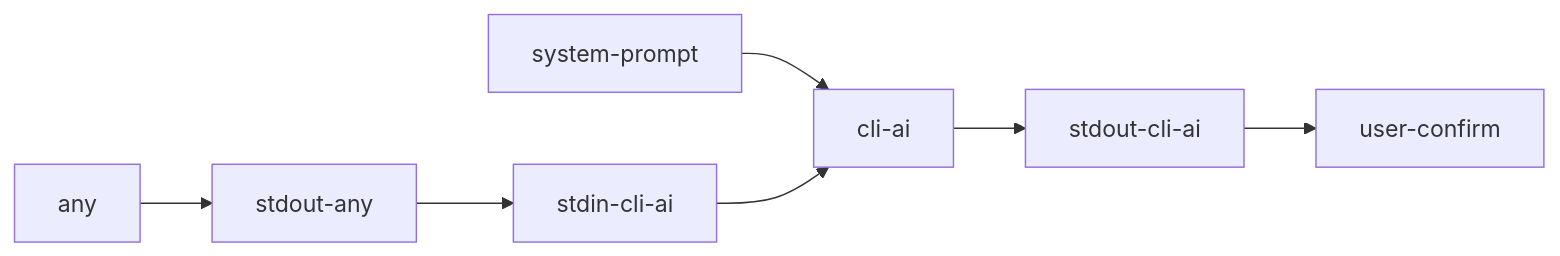
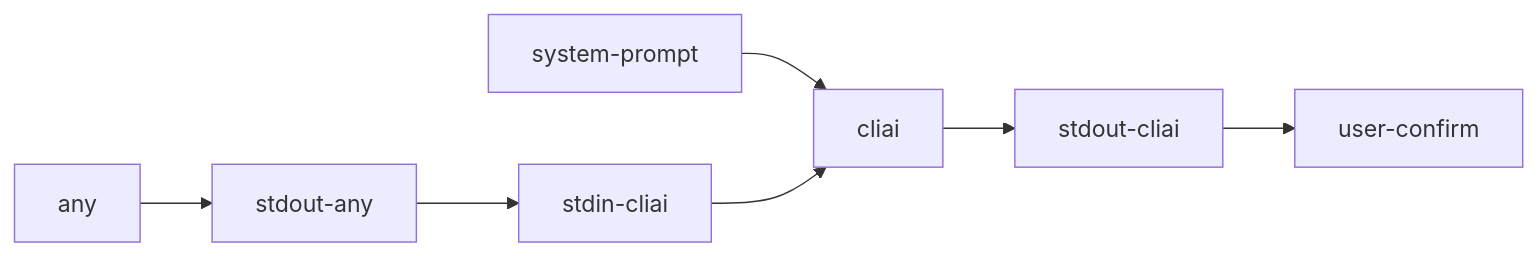
The diagram in README.md (johnthesmith/ai-cli), drawn with Mermaid before and after one commit. The commit also changed other lines of this file, not shown here.

````diff
--- a/README.md
+++ b/README.md
@@ -10,5 +10,5 @@
 ```mermaid
 graph LR
-system-prompt --> cli-ai
-any --> stdout-any --> stdin-cli-ai--> cli-ai --> stdout-cli-ai --> user-confirm
+system-prompt --> cliai
+any --> stdout-any --> stdin-cliai--> cliai --> stdout-cliai --> user-confirm
 ```
````
